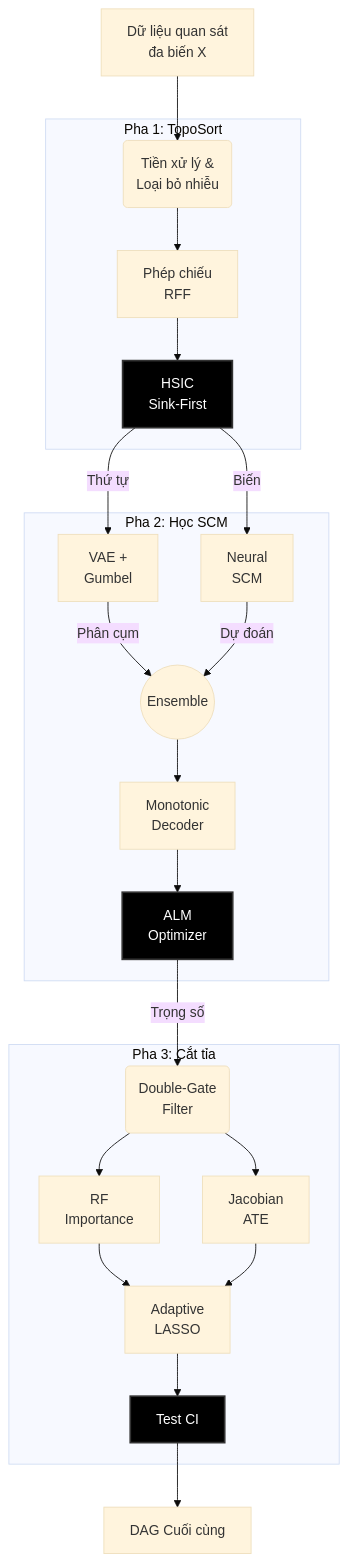
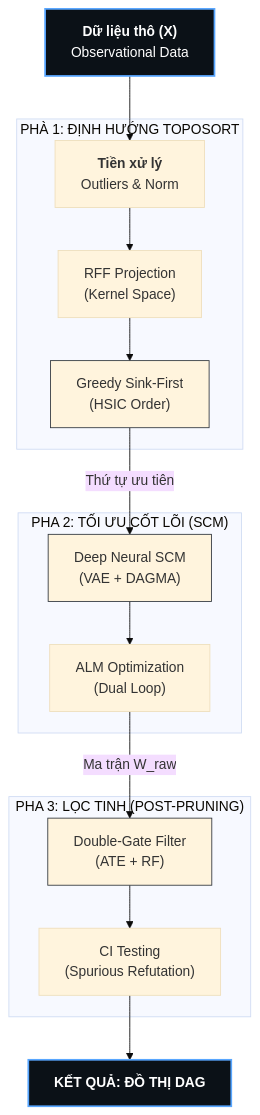
One commit to manhthai1706/DeepANM changed the diagram in docx/Chuong3_MoHinhDeepANM.md. Above: the diagram before and after it, drawn with Mermaid (base theme). The commit also changed other lines of this file, not shown here.

````diff
--- a/docx/Chuong3_MoHinhDeepANM.md
+++ b/docx/Chuong3_MoHinhDeepANM.md
@@ -11,35 +58,27 @@
 ```mermaid
 graph TD
-    classDef highlight fill:#000,color:#fff,stroke:#333,stroke-width:2px;
-    classDef sub core fill:#bbf,stroke:#333,stroke-width:2px;
+    classDef highlight fill:#0b1117,color:#fff,stroke:#58a6ff,stroke-width:2px;
+    classDef sub core fill:#161b22,stroke:#30363d,stroke-width:1px;
     
-    Data["Dữ liệu quan sát<br/>đa biến X"] --> Preprocess("Tiền xử lý &<br/>Loại bỏ nhiễu")
+    Data["<b>Dữ liệu thô (X)</b><br/>Observational Data"] --> Pre["<b>Tiền xử lý</b><br/>Outliers & Norm"]
     
-    subgraph phase1 ["Pha 1: TopoSort"]
-        Preprocess --> RFF["Phép chiếu<br/>RFF"]
-        RFF --> Sink["HSIC<br/>Sink-First"]
+    subgraph phase1 ["PHÀ 1: ĐỊNH HƯỚNG TOPOSORT"]
+        Pre --> RFF["RFF Projection<br/>(Kernel Space)"]
+        RFF --> Sink["Greedy Sink-First<br/>(HSIC Order)"]
     end
     
-    subgraph phase2 ["Pha 2: Học SCM"]
-        Sink -->|"Thứ tự"| Encoder["VAE +<br/>Gumbel"]
-        Sink -->|"Biến"| SEM["Neural<br/>SCM"]
-        Encoder -->|"Phân cụm"| Combine((Ensemble))
-        SEM -->|"Dự đoán"| Combine
-        Combine --> Decoder["Monotonic<br/>Decoder"]
-        Decoder --> ALM["ALM<br/>Optimizer"]
+    subgraph phase2 ["PHA 2: TỐI ƯU CỐT LÕI (SCM)"]
+        Sink -->|"Thứ tự ưu tiên"| GPPOM["Deep Neural SCM<br/>(VAE + DAGMA)"]
+        GPPOM --> ALM["ALM Optimization<br/>(Dual Loop)"]
     end
     
-    subgraph phase3 ["Pha 3: Cắt tỉa"]
-        ALM -->|"Trọng số"| DoubleGate("Double-Gate<br/>Filter")
-        DoubleGate --> RF["RF<br/>Importance"]
-        DoubleGate --> ATE["Jacobian<br/>ATE"]
-        RF --> ALasso["Adaptive<br/>LASSO"]
-        ATE --> ALasso
-        ALasso --> CI["Test CI"]
+    subgraph phase3 ["PHA 3: LỌC TINH (POST-PRUNING)"]
+        ALM -->|"Ma trận W_raw"| DG["Double-Gate Filter<br/>(ATE + RF)"]
+        DG --> CI["CI Testing<br/>(Spurious Refutation)"]
     end
     
-    CI --> Final["DAG Cuối cùng"]
+    CI --> Final["<b>KẾT QUẢ: ĐỒ THỊ DAG</b>"]
     
-    class Sink,ALM,CI highlight;
-    class Encoder,SEM,Decoder core;
+    class Data,Final highlight;
+    class GPPOM,Sink,DG sub;
 ```
````
